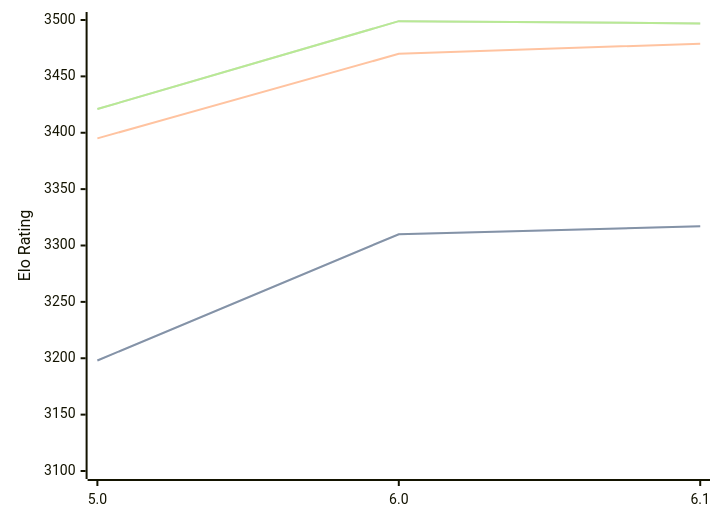
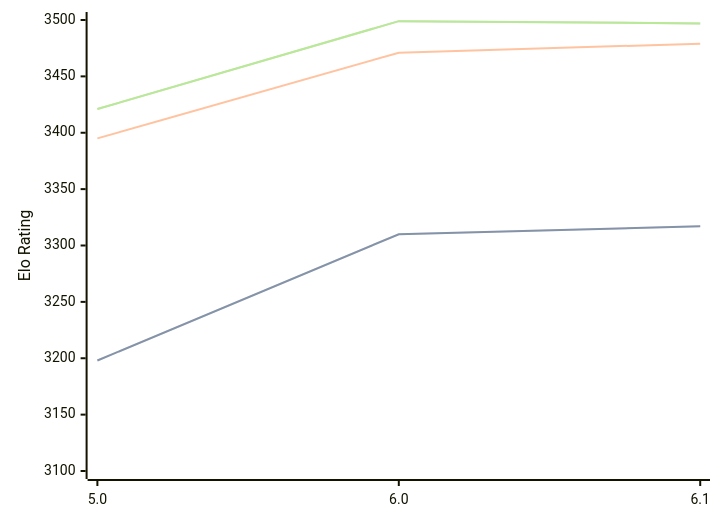
Before and after one commit to computer-chess-index/cci: the diagram in engines/Starzix.md, drawn with Mermaid. The commit also changed other lines of this file, not shown here.

````diff
--- a/engines/Starzix.md
+++ b/engines/Starzix.md
@@ -37,11 +37,11 @@
 ```mermaid
 %%{init: {"theme":"base","themeVariables":{"seriesColors:['#a3a3a3','#222221','#faa371']}}}%%
 xychart-beta
   x-axis ["5.0", "6.0", "6.1"]
   y-axis "Elo Rating" 3100 --> 3500
   line "STC (8.0+0.08s)" [3198, 3310, 3317]
   line "STC (8.0+0.08s)" [3198, 3310, 3317]
-  line "LTC (60.0+0.60s)" [3395, 3470, 3479]
+  line "LTC (60.0+0.60s)" [3395, 3471, 3479]
   line "VLTC (2m24s+1.12s)" [3421, 3499, 3497]
   line "VLTC (2m24s+1.12s)" [3421, 3499, 3497]
 ```
````
